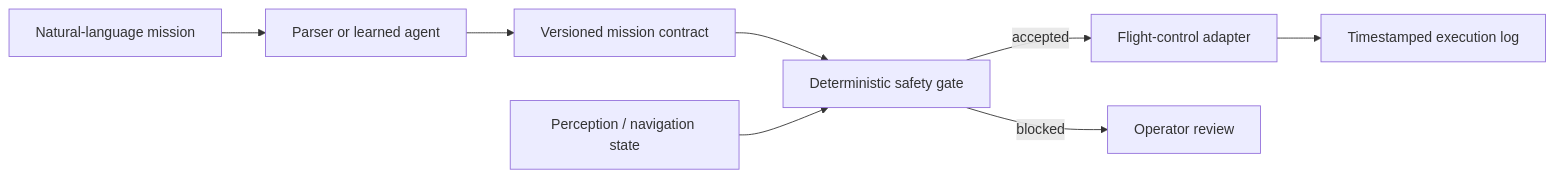
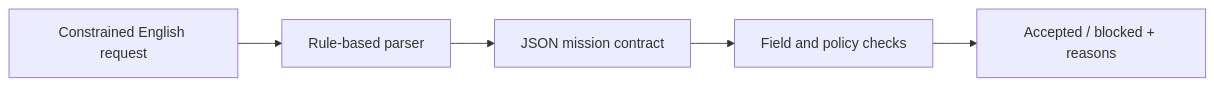
Before and after one commit to Aleck-Tao/safety-constrained-uav-mission-interface: the diagram in README.md, drawn with Mermaid. The commit also changed other lines of this file, not shown here.

Commit message:
Clarify contract decisions and parser assumptions

````diff
--- a/README.md
+++ b/README.md
@@ -13,10 +23,7 @@
 ```mermaid
 flowchart LR
-    U["Natural-language mission"] --> P["Parser or learned agent"]
-    P --> C["Versioned mission contract"]
-    C --> G["Deterministic safety gate"]
-    O["Perception / navigation state"] --> G
-    G -->|accepted| A["Flight-control adapter"]
-    G -->|blocked| R["Operator review"]
-    A --> L["Timestamped execution log"]
+    I["Constrained English request"] --> P["Rule-based parser"]
+    P --> C["JSON mission contract"]
+    C --> G["Field and policy checks"]
+    G --> R["Accepted / blocked + reasons"]
 ```
````
